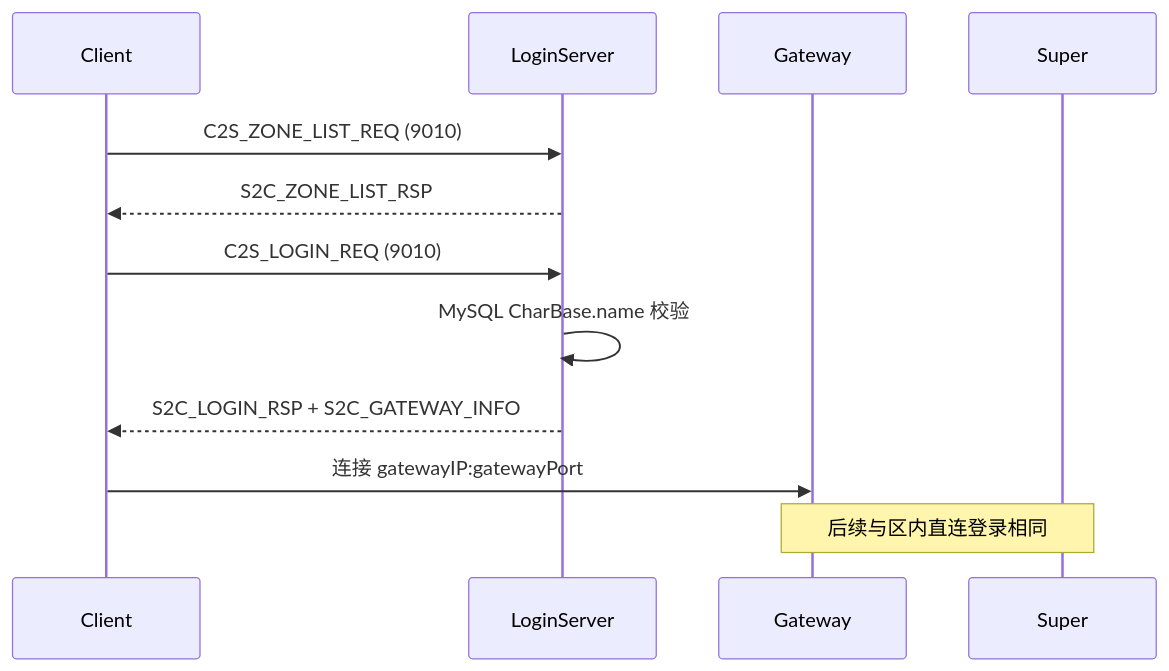
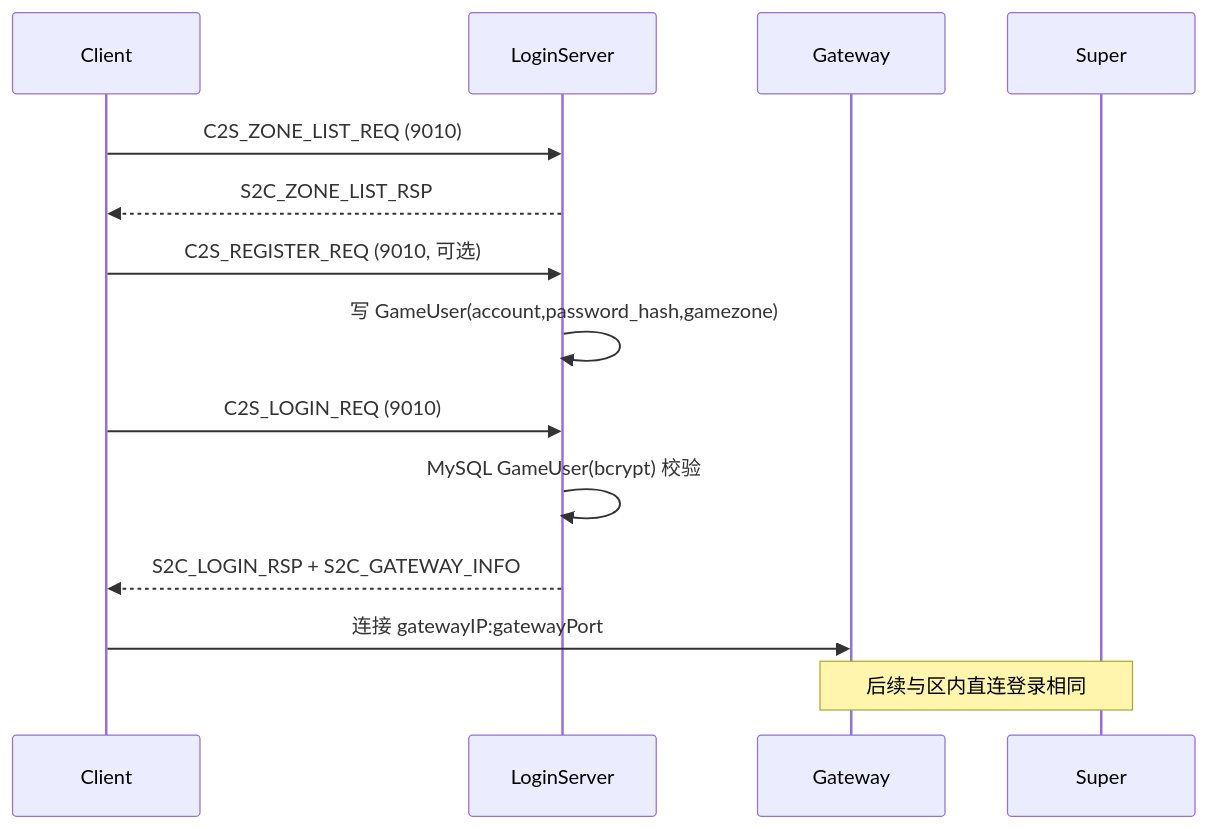
One commit to hechuangguo/RPG_Server changed the second of 2 diagrams in docs/EXTERNAL.md. Above: the diagram before and after it, drawn with Mermaid. The commit also changed other lines of this file and 13 other files, not shown here.

````diff
--- a/docs/EXTERNAL.md
+++ b/docs/EXTERNAL.md
@@ -81,15 +81,17 @@
 ```mermaid
 sequenceDiagram
     participant C as Client
     participant LS as LoginServer
     participant GW as Gateway
     participant SS as Super
 
     C->>LS: C2S_ZONE_LIST_REQ (9010)
     LS-->>C: S2C_ZONE_LIST_RSP
+    C->>LS: C2S_REGISTER_REQ (9010, 可选)
+    LS->>LS: 写 GameUser(account,password_hash,gamezone)
     C->>LS: C2S_LOGIN_REQ (9010)
-    LS->>LS: MySQL CharBase.name 校验
+    LS->>LS: MySQL GameUser(bcrypt) 校验
     LS-->>C: S2C_LOGIN_RSP + S2C_GATEWAY_INFO
     C->>GW: 连接 gatewayIP:gatewayPort
     Note over GW,SS: 后续与区内直连登录相同
 ```
````
